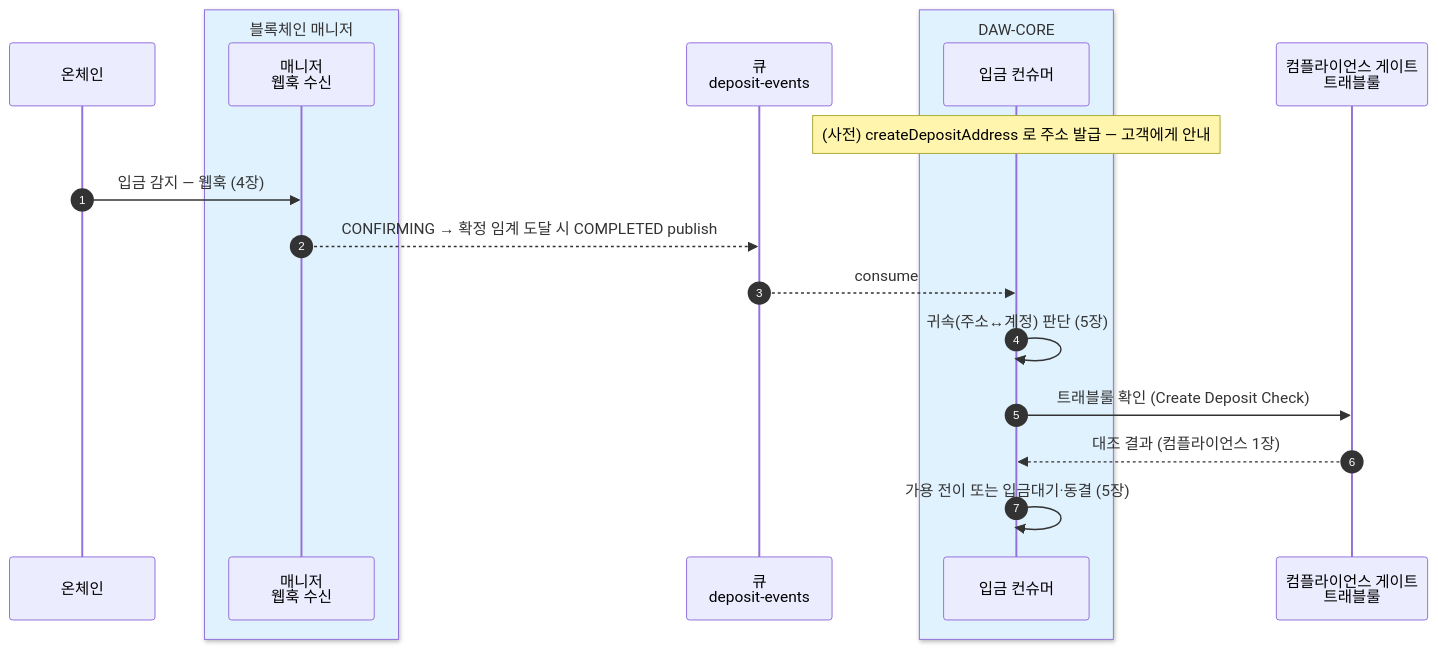
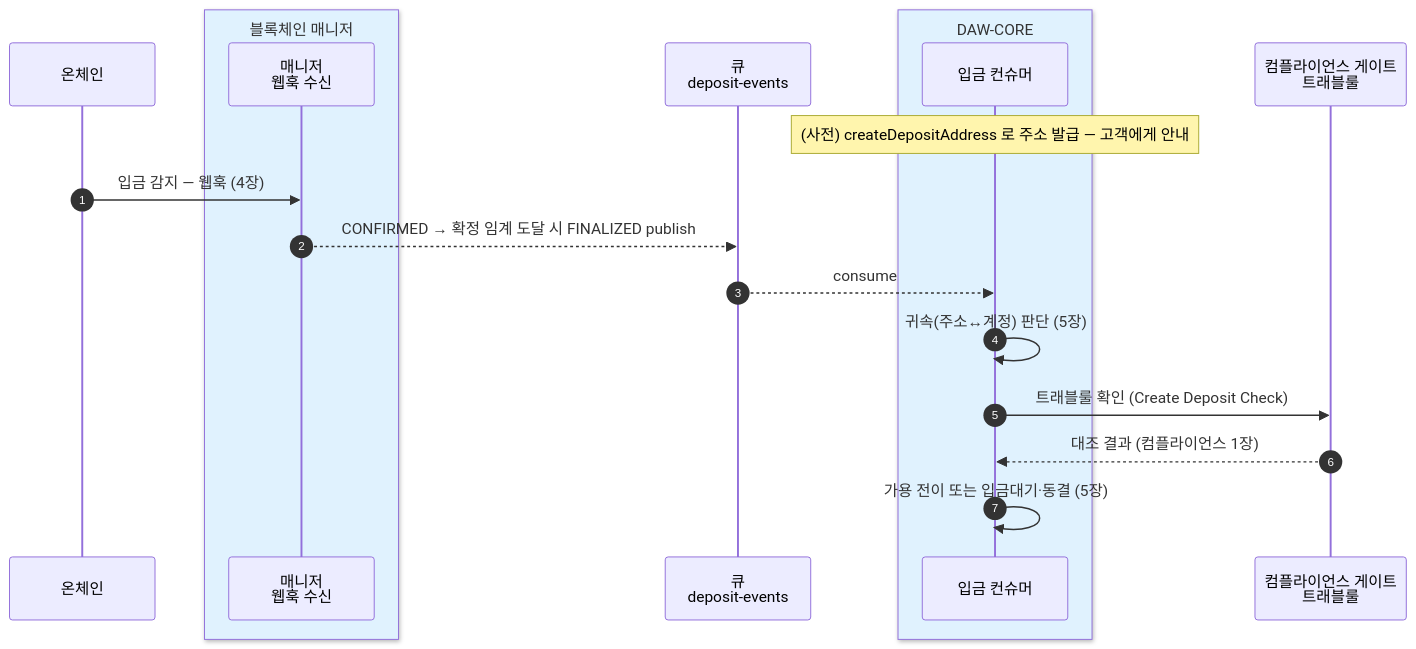
The second of 2 diagrams in blockchain-manager/docs/블록체인매니저/설계/16-interface.md (eunsujeo/eunpus), drawn with Mermaid before and after one commit. The commit also changed other lines of this file and 17 other files, not shown here.

First line of the commit message:
TxStatus 계약 어휘 개명 — CONFIRMING→CONFIRMED, COMPLETED→FINALIZED

````diff
--- a/blockchain-manager/docs/블록체인매니저/설계/16-interface.md
+++ b/blockchain-manager/docs/블록체인매니저/설계/16-interface.md
@@ -101,22 +101,22 @@
 ```mermaid
 sequenceDiagram
     autonumber
     participant CH as 온체인
     box rgb(224,242,254) 블록체인 매니저
     participant BM as 매니저<br/>웹훅 수신
     end
     participant MQ as 큐<br/>deposit-events
     box rgb(224,242,254) DAW-CORE
     participant BE as 입금 컨슈머
     end
     participant CP as 컴플라이언스 게이트<br/>트래블룰
 
     Note over BE: (사전) createDepositAddress 로 주소 발급 — 고객에게 안내
     CH->>BM: 입금 감지 — 웹훅 (4장)
-    BM-->>MQ: CONFIRMING → 확정 임계 도달 시 COMPLETED publish
+    BM-->>MQ: CONFIRMED → 확정 임계 도달 시 FINALIZED publish
     MQ-->>BE: consume
     BE->>BE: 귀속(주소↔계정) 판단 (5장)
     BE->>CP: 트래블룰 확인 (Create Deposit Check)
     CP-->>BE: 대조 결과 (컴플라이언스 1장)
     BE->>BE: 가용 전이 또는 입금대기·동결 (5장)
 ```
````
